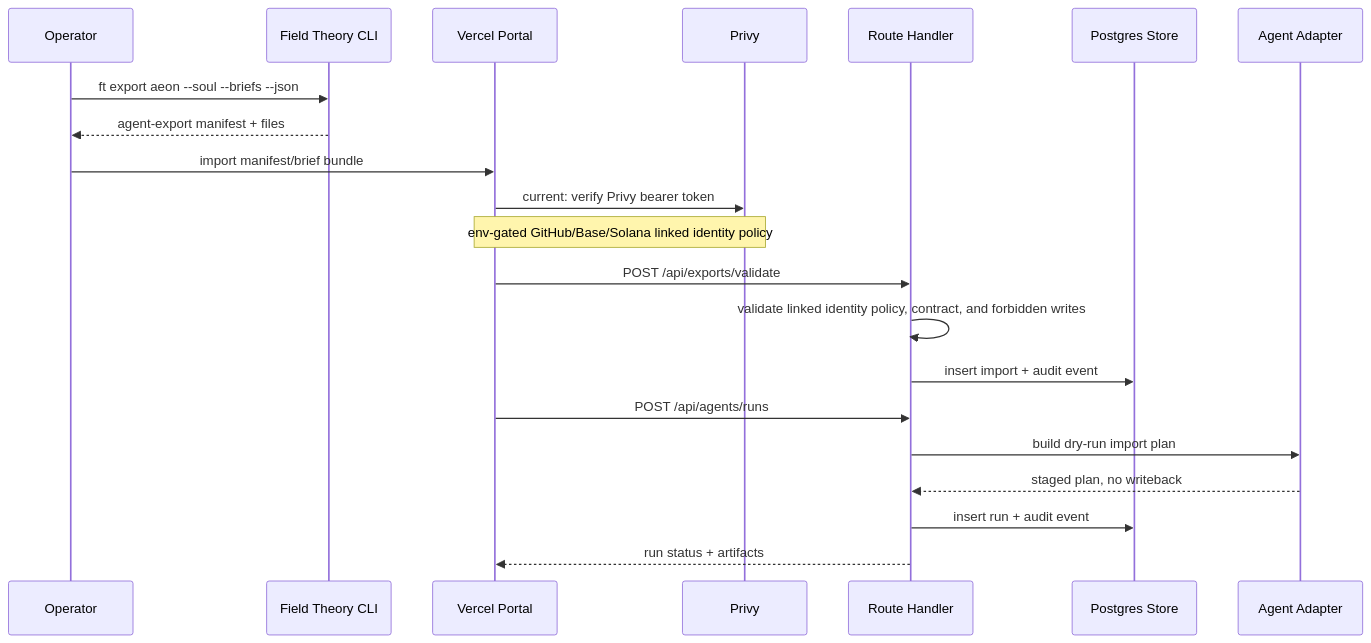
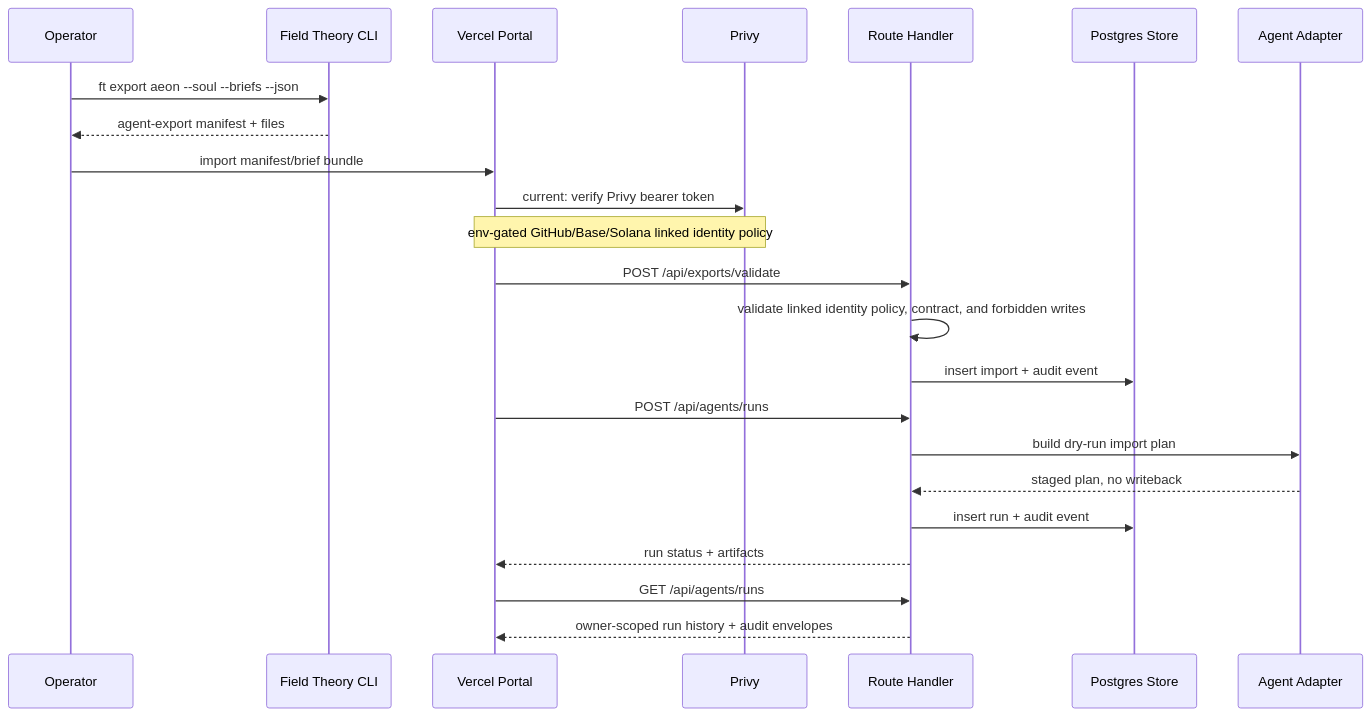
The second of 3 diagrams in docs/architecture/hosted-agentic-suite.md (chipoto69/fieldtheory), drawn with Mermaid before and after one commit. The commit also changed other lines of this file and 17 other files, not shown here.

Commit message:
feat(hosted): add operator run history

````diff
--- a/docs/architecture/hosted-agentic-suite.md
+++ b/docs/architecture/hosted-agentic-suite.md
@@ -70,24 +70,26 @@
 ```mermaid
 sequenceDiagram
   participant O as Operator
   participant CLI as Field Theory CLI
   participant Web as Vercel Portal
   participant Auth as Privy
   participant API as Route Handler
   participant Store as Postgres Store
   participant Agent as Agent Adapter
 
   O->>CLI: ft export aeon --soul --briefs --json
   CLI-->>O: agent-export manifest + files
   O->>Web: import manifest/brief bundle
   Web->>Auth: current: verify Privy bearer token
   Note over Web,Auth: env-gated GitHub/Base/Solana linked identity policy
   Web->>API: POST /api/exports/validate
   API->>API: validate linked identity policy, contract, and forbidden writes
   API->>Store: insert import + audit event
   Web->>API: POST /api/agents/runs
   API->>Agent: build dry-run import plan
   Agent-->>API: staged plan, no writeback
   API->>Store: insert run + audit event
   API-->>Web: run status + artifacts
+  Web->>API: GET /api/agents/runs
+  API-->>Web: owner-scoped run history + audit envelopes
 ```
````
